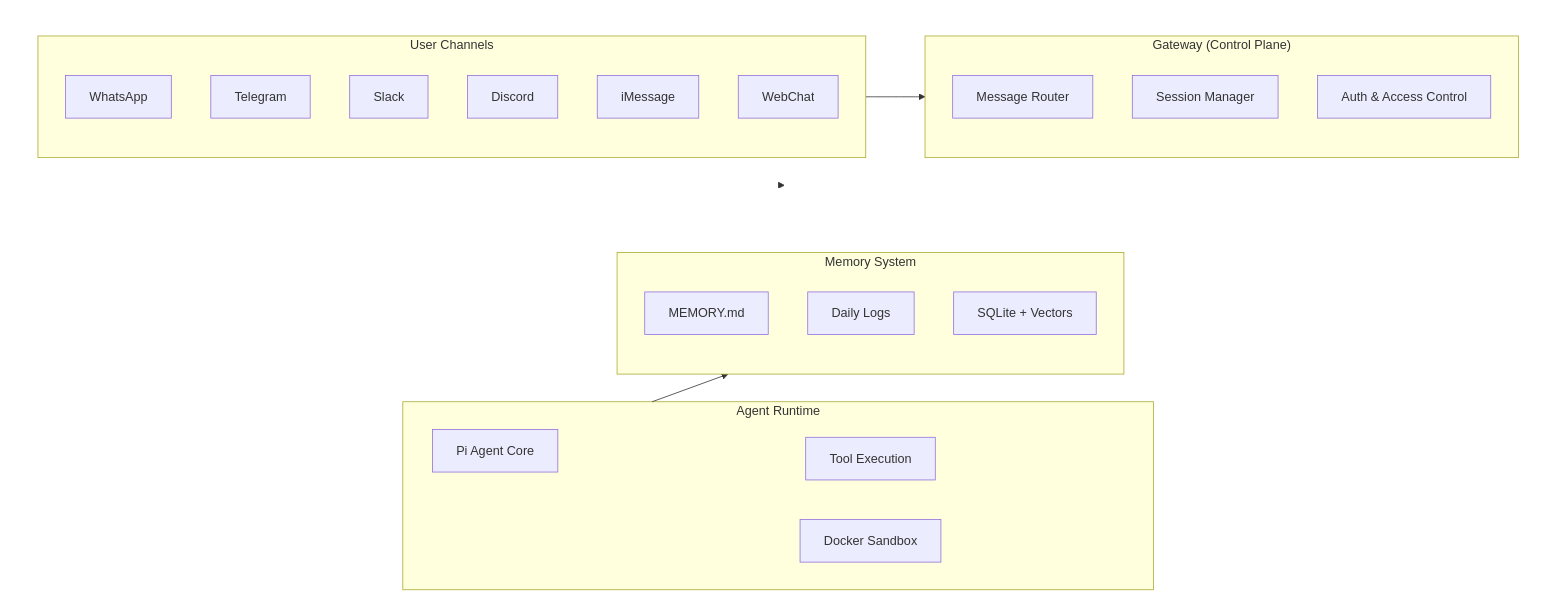
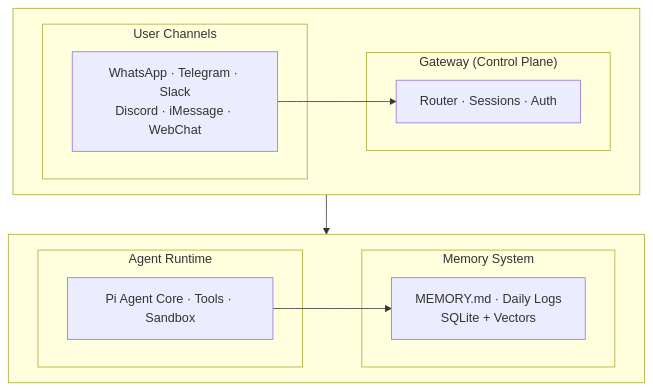
The first of 9 diagrams in _posts/2026-02-27-self-evolving-ai-assistant.md (cynthialmy/cynthialmy.github.io), drawn with Mermaid before and after one commit.

````diff
--- a/_posts/2026-02-27-self-evolving-ai-assistant.md
+++ b/_posts/2026-02-27-self-evolving-ai-assistant.md
@@ -32,41 +32,26 @@
 ```mermaid
 flowchart TB
-    subgraph Row1 [" "]
+    subgraph Top [" "]
         direction LR
         subgraph Channels ["User Channels"]
-            WA["WhatsApp"]
-            TG["Telegram"]
-            SL["Slack"]
-            DC["Discord"]
-            IM["iMessage"]
-            WC["WebChat"]
+            CH["WhatsApp · Telegram · Slack<br/>Discord · iMessage · WebChat"]
         end
         subgraph GW ["Gateway (Control Plane)"]
-            Router["Message Router"]
-            SessionMgr["Session Manager"]
-            Auth["Auth & Access Control"]
+            G["Router · Sessions · Auth"]
         end
     end
 
-    subgraph Row2 [" "]
+    subgraph Bottom [" "]
         direction LR
         subgraph AgentLayer ["Agent Runtime"]
-            Agent["Pi Agent Core"]
-            Tools["Tool Execution"]
-            Sandbox["Docker Sandbox"]
+            A["Pi Agent Core · Tools · Sandbox"]
         end
         subgraph MemoryLayer ["Memory System"]
-            MemMD["MEMORY.md"]
-            DailyLogs["Daily Logs"]
-            SQLite["SQLite + Vectors"]
+            M["MEMORY.md · Daily Logs<br/>SQLite + Vectors"]
         end
     end
 
-    Channels --> GW
-    GW --> AgentLayer
-    AgentLayer --> MemoryLayer
-    AgentLayer --> Tools
-
-    style Row1 fill:none,stroke:none
-    style Row2 fill:none,stroke:none
+    CH --> G
+    G --> A
+    A --> M
 ```
````
